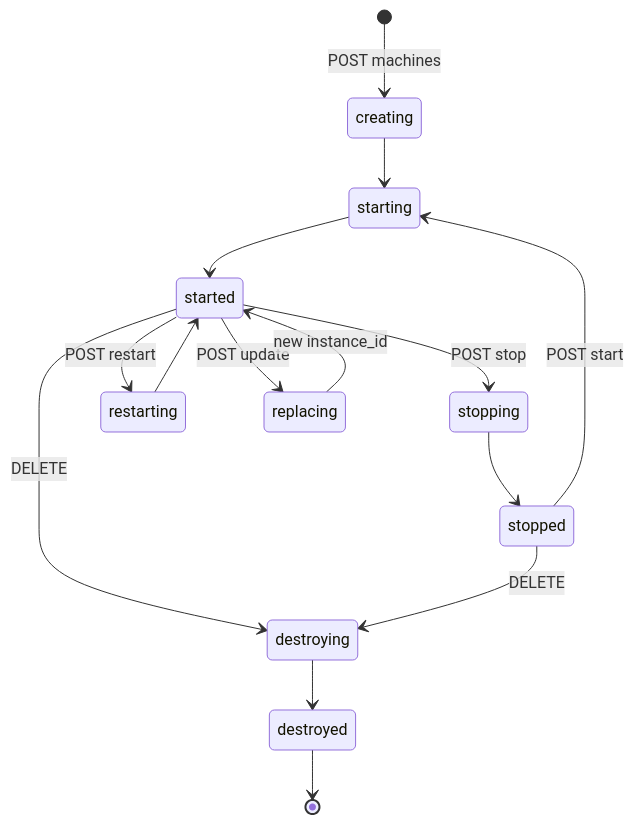
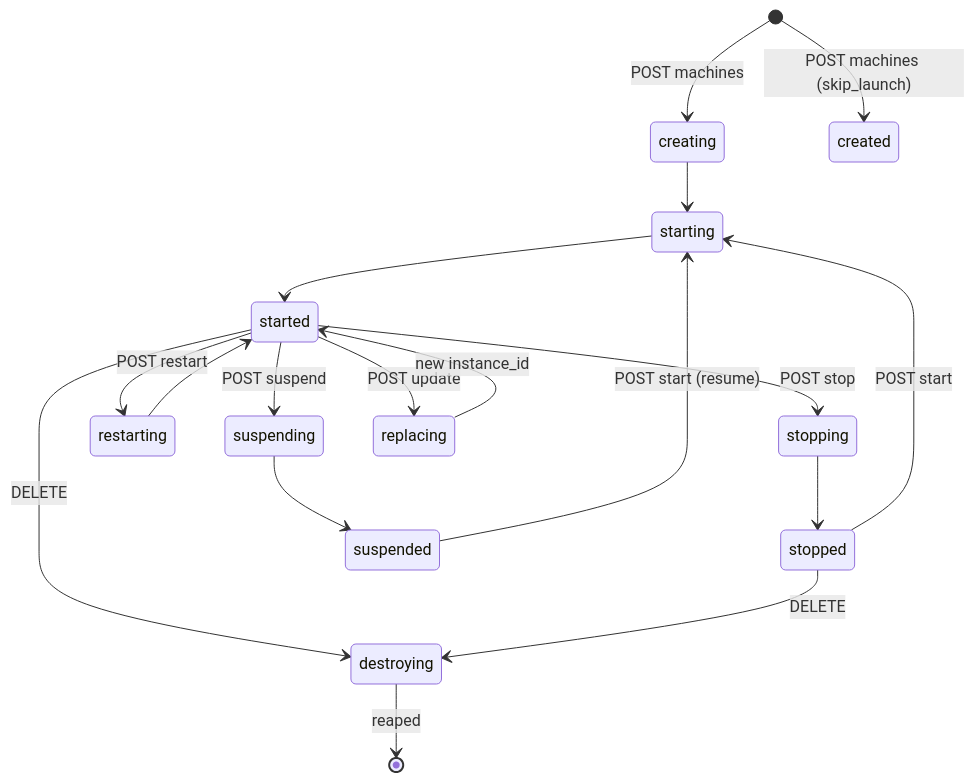
The diagram in docs/fidelity.md (INTENTIUS/mudflaps), drawn with Mermaid before and after one commit. The commit also changed other lines of this file and 1 other file, not shown here.

````diff
--- a/docs/fidelity.md
+++ b/docs/fidelity.md
@@ -13,17 +13,20 @@
 ```mermaid
 stateDiagram-v2
     [*] --> creating: POST machines
+    [*] --> created: POST machines (skip_launch)
     creating --> starting
     starting --> started
     started --> stopping: POST stop
     stopping --> stopped
     stopped --> starting: POST start
     started --> restarting: POST restart
     restarting --> started
+    started --> suspending: POST suspend
+    suspending --> suspended
+    suspended --> starting: POST start (resume)
     started --> replacing: POST update
     replacing --> started: new instance_id
     started --> destroying: DELETE
     stopped --> destroying: DELETE
-    destroying --> destroyed
-    destroyed --> [*]
+    destroying --> [*]: reaped
 ```
````
